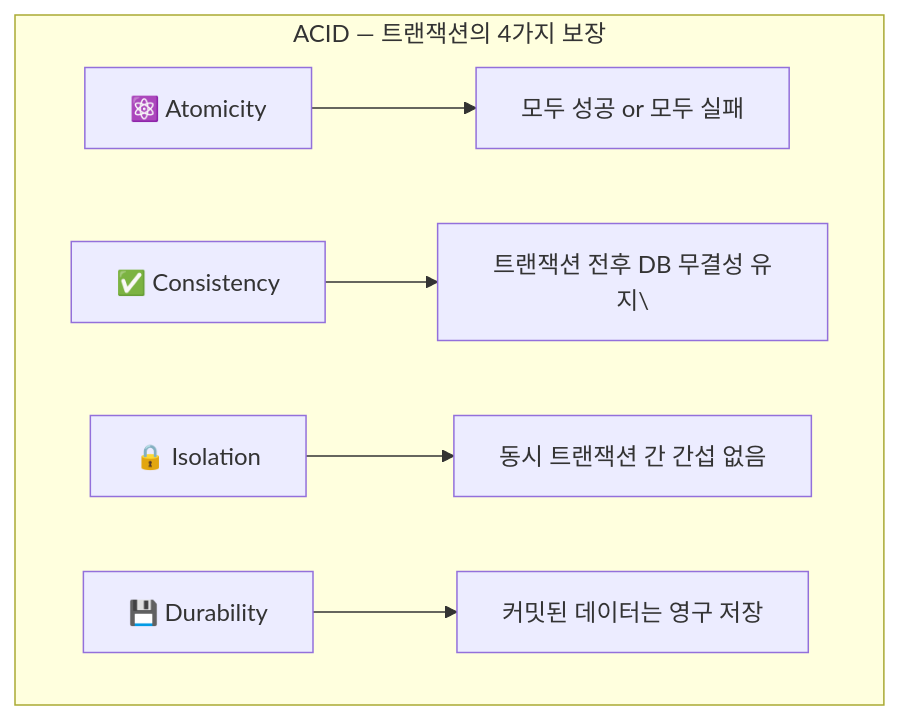
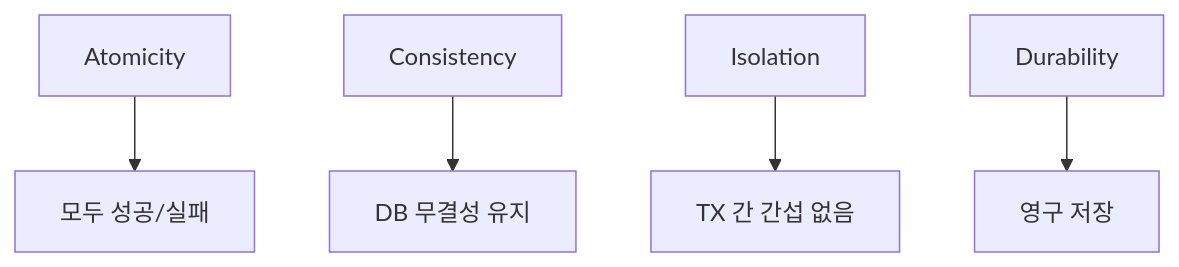
One commit to yjkim2015/yjkim2015.github.io changed the fourth of 11 diagrams in _posts/spring/2026-05-02-spring-db-1.md. Above: the diagram before and after it, drawn with Mermaid. The commit also changed other lines of this file and 155 other files, not shown here.

First line of the commit message:
Mermaid 전면 수정: subgraph 제거, participant/노드/줄수 축소 (342블록)

````diff
--- a/_posts/spring/2026-05-02-spring-db-1.md
+++ b/_posts/spring/2026-05-02-spring-db-1.md
@@ -227,9 +221,7 @@
 ```mermaid
 graph TD
-    subgraph "ACID — 트랜잭션의 4가지 보장"
-        A["⚛️ Atomicity"] --> A1["모두 성공 or 모두 실패"]
-        B["✅ Consistency"] --> B1["트랜잭션 전후 DB 무결성 유지\"]
-        C["🔒 Isolation"] --> C1["동시 트랜잭션 간 간섭 없음"]
-        D["💾 Durability"] --> D1["커밋된 데이터는 영구 저장"]
-    end
+    A["Atomicity"] --> A1["모두 성공/실패"]
+    B["Consistency"] --> B1["DB 무결성 유지"]
+    C["Isolation"] --> C1["TX 간 간섭 없음"]
+    D["Durability"] --> D1["영구 저장"]
 ```
````
